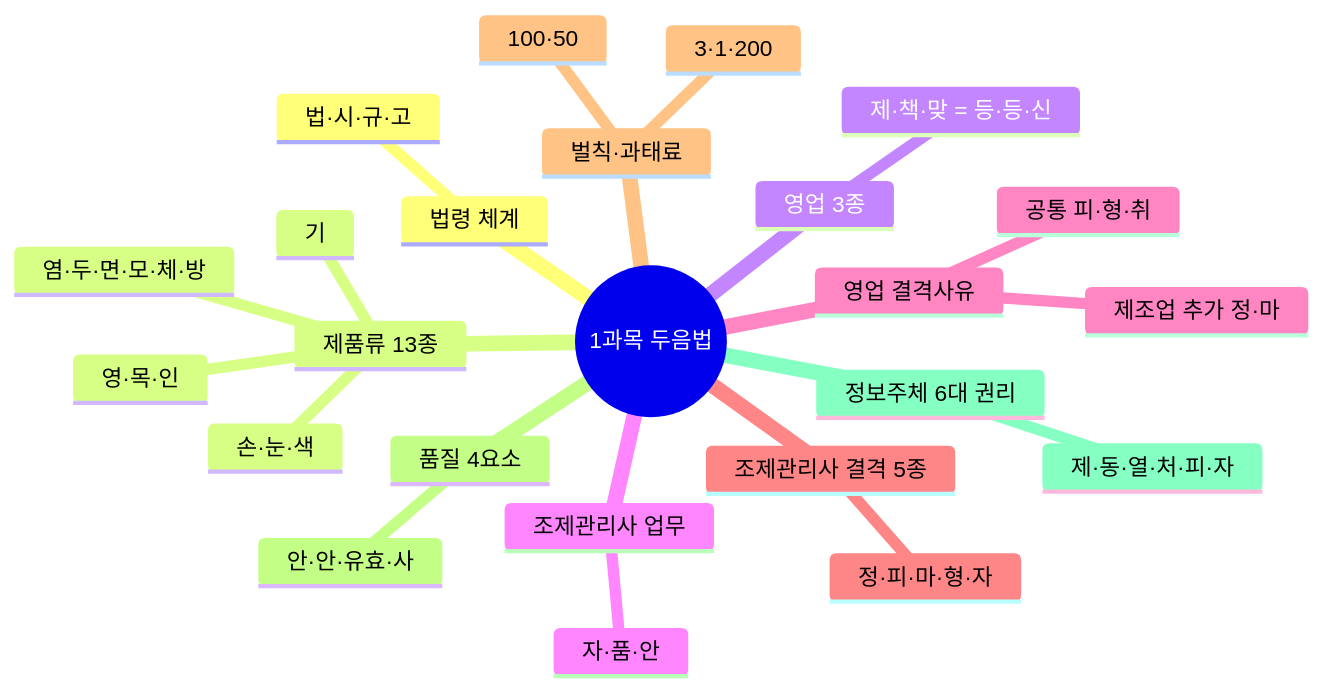
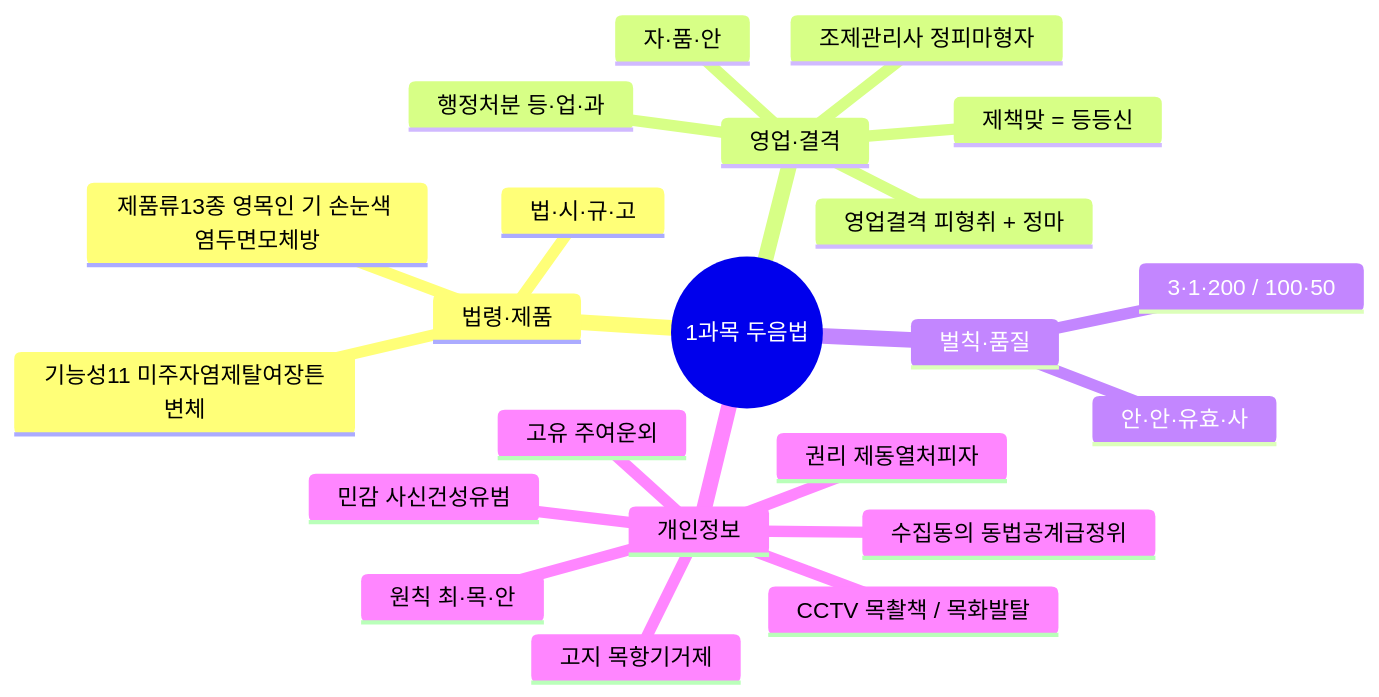
Before and after one commit to skygoldlee-cyber/Personalized_Skincare: the first of 5 diagrams in content/두음법_암기_총정리.md, drawn with Mermaid. The commit also changed other lines of this file and 1 other file, not shown here.

````diff
--- a/content/두음법_암기_총정리.md
+++ b/content/두음법_암기_총정리.md
@@ -10,27 +11,25 @@
 ```mermaid
 mindmap
  root((1과목 두음법))
-  법령 체계
+  법령·제품
    법·시·규·고
-  제품류 13종
-   영·목·인
-   기
-   손·눈·색
-   염·두·면·모·체·방
-  영업 3종
-   제·책·맞 = 등·등·신
-  조제관리사 업무
+   제품류13종 영목인 기 손눈색 염두면모체방
+   기능성11 미주자염제탈여장튼변체
+  영업·결격
+   제책맞 = 등등신
    자·품·안
-  영업 결격사유
-   공통 피·형·취
-   제조업 추가 정·마
-  조제관리사 결격 5종
-   정·피·마·형·자
-  벌칙·과태료
-   3·1·200
-   100·50
-  품질 4요소
+   영업결격 피형취 + 정마
+   조제관리사 정피마형자
+   행정처분 등·업·과
+  벌칙·품질
+   3·1·200 / 100·50
    안·안·유효·사
-  정보주체 6대 권리
-   제·동·열·처·피·자
+  개인정보
+   권리 제동열처피자
+   민감 사신건성유범
+   고유 주여운외
+   수집동의 동법공계급정위
+   고지 목항기거제
+   원칙 최·목·안
+   CCTV 목촬책 / 목화발탈
 ```
````
